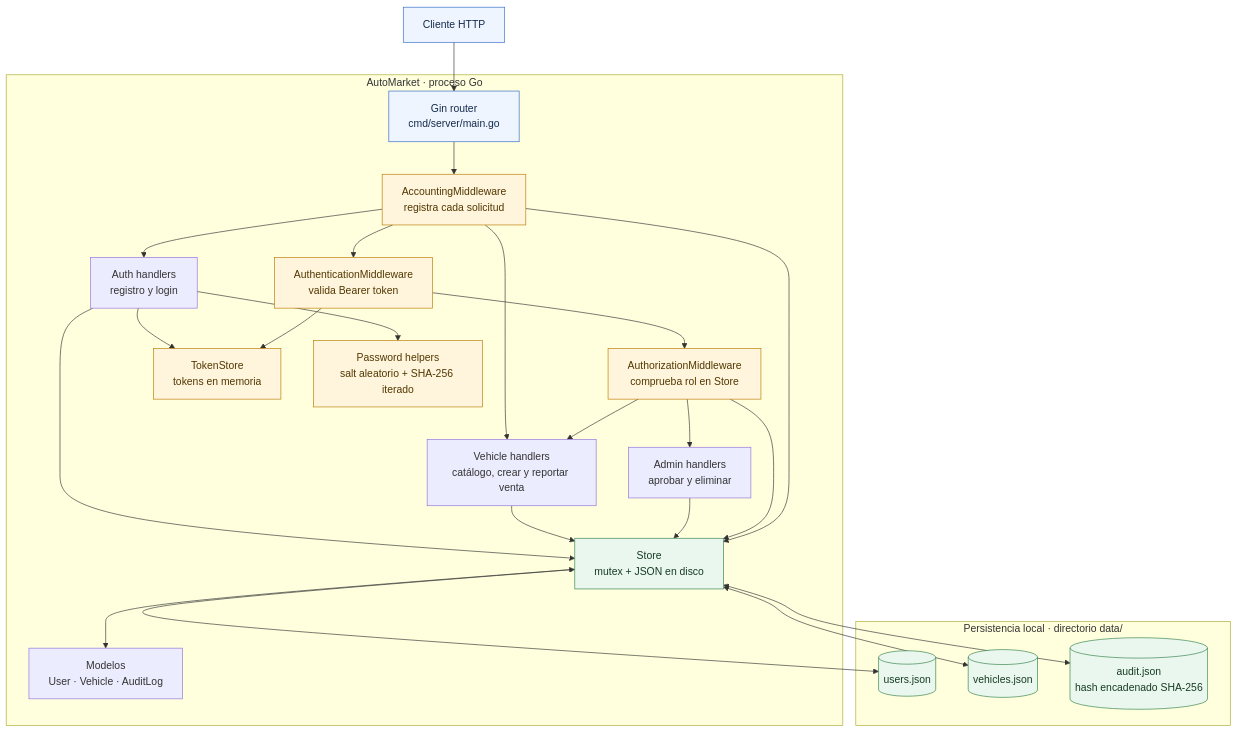
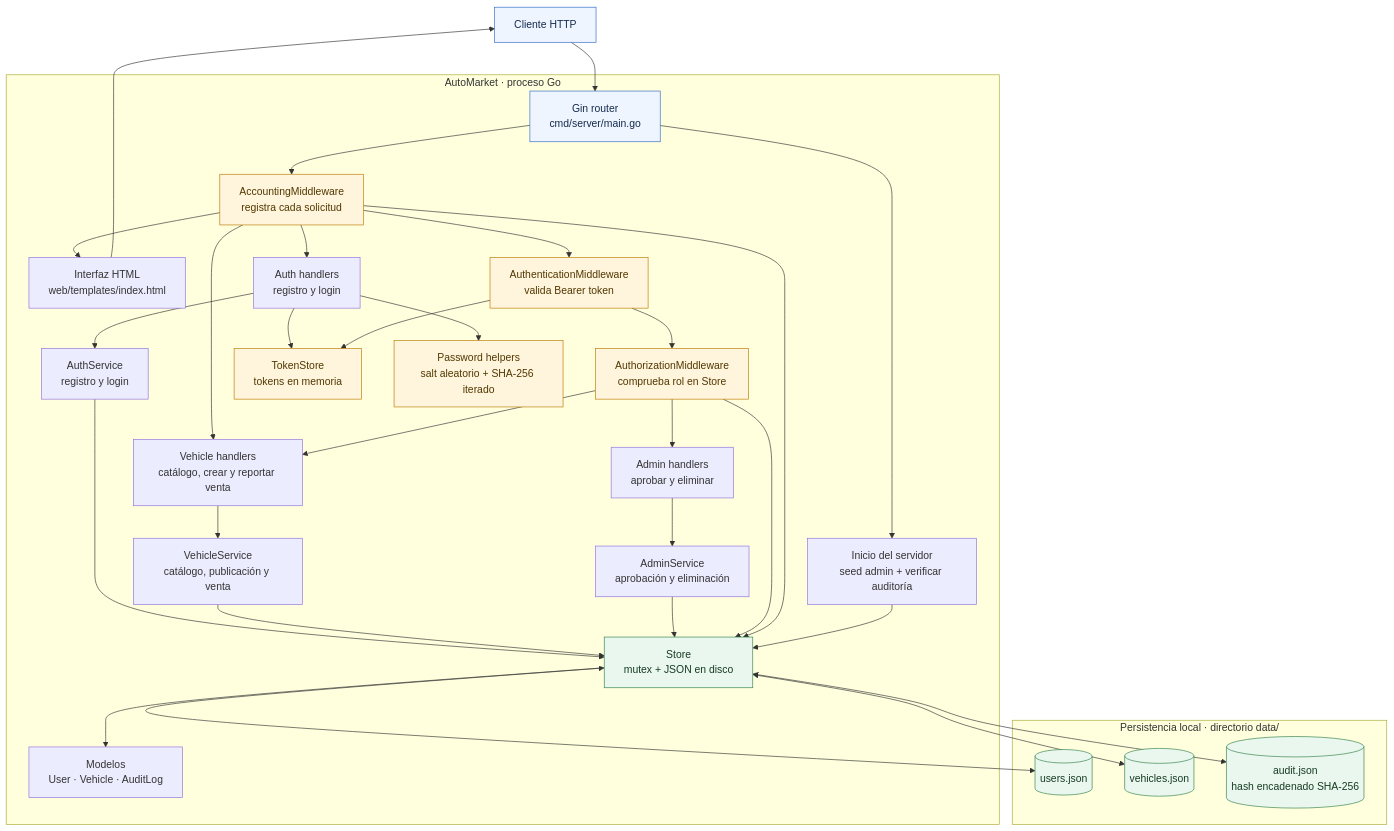
One commit to TheHostEagle/AAA_Work changed the diagram in AAA_Work-main/docs/diagrama-estructura.mmd. Above: the diagram before and after it, drawn with Mermaid. The commit also changed 26 other files, not shown here.

```diff
--- a/AAA_Work-main/docs/diagrama-estructura.mmd
+++ b/AAA_Work-main/docs/diagrama-estructura.mmd
@@ -1,48 +1,60 @@
 flowchart TB
     Cliente["Cliente HTTP"]
     subgraph Aplicacion["AutoMarket · proceso Go"]
         Router["Gin router<br/>cmd/server/main.go"]
         AuditMW["AccountingMiddleware<br/>registra cada solicitud"]
+        WebUI["Interfaz HTML<br/>web/templates/index.html"]
         AuthMW["AuthenticationMiddleware<br/>valida Bearer token"]
         RoleMW["AuthorizationMiddleware<br/>comprueba rol en Store"]
+        AuthService["AuthService<br/>registro y login"]
+        VehicleService["VehicleService<br/>catálogo, publicación y venta"]
+        AdminService["AdminService<br/>aprobación y eliminación"]
         AuthHandlers["Auth handlers<br/>registro y login"]
         VehicleHandlers["Vehicle handlers<br/>catálogo, crear y reportar venta"]
         AdminHandlers["Admin handlers<br/>aprobar y eliminar"]
         TokenStore["TokenStore<br/>tokens en memoria"]
         Password["Password helpers<br/>salt aleatorio + SHA-256 iterado"]
         Models["Modelos<br/>User · Vehicle · AuditLog"]
         Store["Store<br/>mutex + JSON en disco"]
+        Startup["Inicio del servidor<br/>seed admin + verificar auditoría"]
     end
     subgraph Archivos["Persistencia local · directorio data/"]
         Users[("users.json")]
         Vehicles[("vehicles.json")]
         Audit[("audit.json<br/>hash encadenado SHA-256")]
     end
 
     Cliente --> Router
     Router --> AuditMW
+    AuditMW --> WebUI
+    WebUI --> Cliente
     AuditMW --> AuthHandlers
     AuditMW --> VehicleHandlers
     AuditMW --> AuthMW
     AuthHandlers --> Password
     AuthHandlers --> TokenStore
     AuthMW --> TokenStore
     AuthMW --> RoleMW
     RoleMW --> VehicleHandlers
     RoleMW --> AdminHandlers
-    AuthHandlers --> Store
-    VehicleHandlers --> Store
-    AdminHandlers --> Store
+    AuthHandlers --> AuthService
+    VehicleHandlers --> VehicleService
+    AdminHandlers --> AdminService
+    AuthService --> Store
+    VehicleService --> Store
+    AdminService --> Store
     RoleMW --> Store
     AuditMW --> Store
+    Startup --> Store
+    Router --> Startup
     Store --> Models
     Store <--> Users
     Store <--> Vehicles
     Store <--> Audit
 
     classDef boundary fill:#eef5ff,stroke:#316ac5,color:#142b4d;
     classDef security fill:#fff4dc,stroke:#bb7a00,color:#513800;
     classDef persistence fill:#eaf7ee,stroke:#32814b,color:#173b22;
     class Router,Cliente boundary;
     class AuditMW,AuthMW,RoleMW,TokenStore,Password security;
     class Users,Vehicles,Audit,Store persistence;
```
